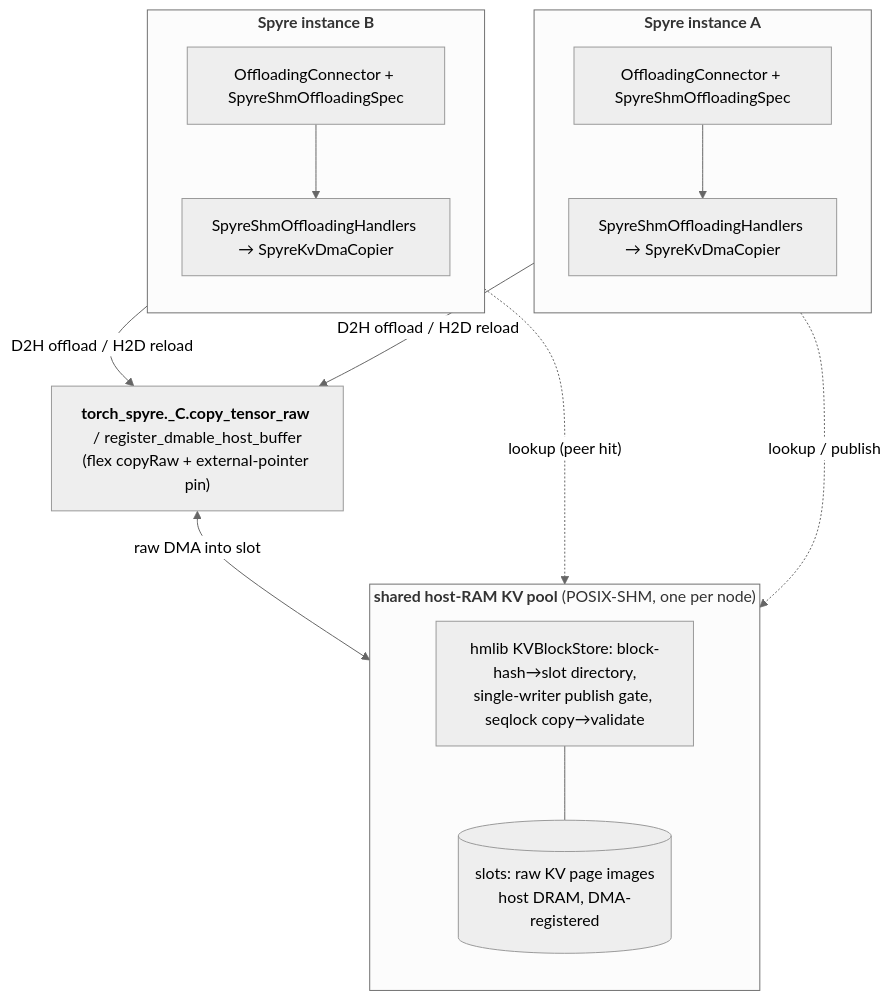
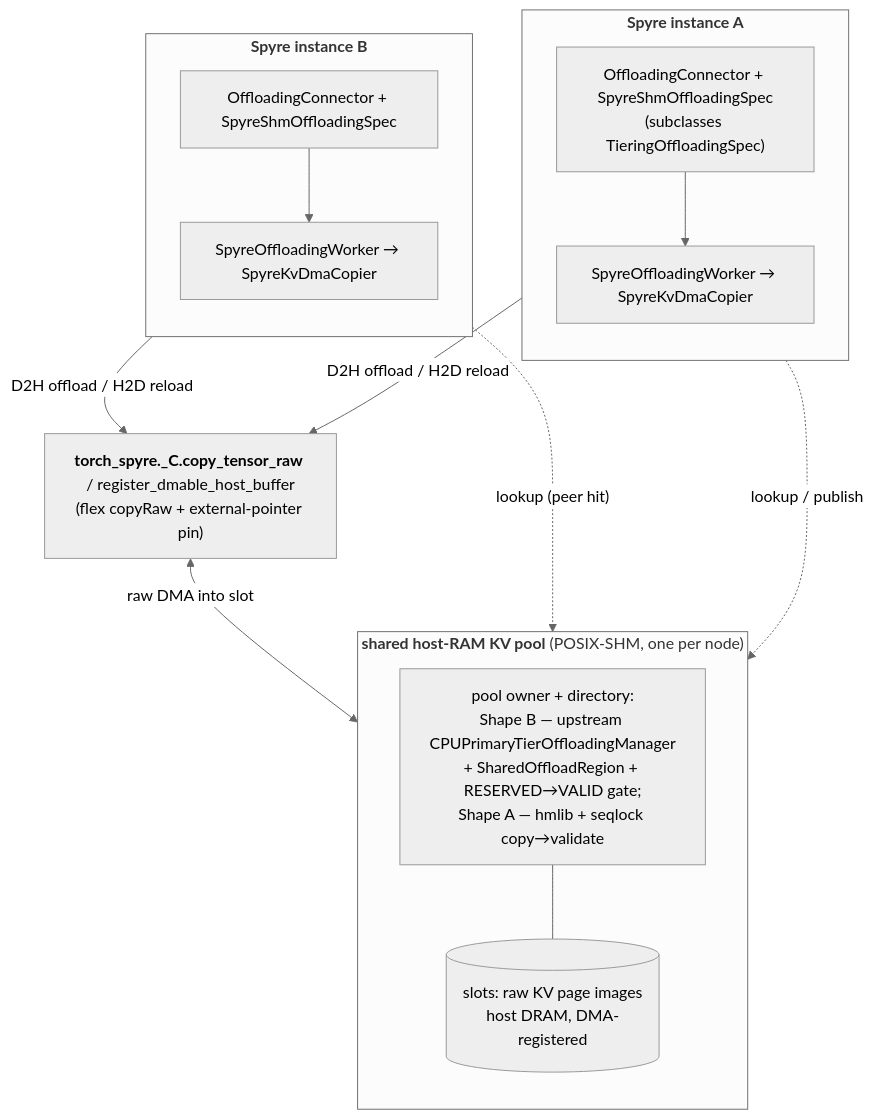
Before and after one commit to torch-spyre/spyre-inference: the second of 2 diagrams in docs/architecture/rfcs/upstream-connector-port.md, drawn with Mermaid. The commit also changed other lines of this file and 8 other files, not shown here.

````diff
--- a/docs/architecture/rfcs/upstream-connector-port.md
+++ b/docs/architecture/rfcs/upstream-connector-port.md
@@ -498,28 +581,28 @@
 ```mermaid
 %%{ init: { "flowchart": { "htmlLabels": true, "curve": "basis" }, "theme": "neutral" } }%%
 flowchart TB
     subgraph instA["<b>Spyre instance A</b>"]
         direction TB
-        OA["OffloadingConnector + SpyreShmOffloadingSpec"]
-        HA["SpyreShmOffloadingHandlers → SpyreKvDmaCopier"]
+        OA["OffloadingConnector + SpyreShmOffloadingSpec<br/>(subclasses TieringOffloadingSpec)"]
+        HA["SpyreOffloadingWorker → SpyreKvDmaCopier"]
         OA --> HA
     end
     subgraph instB["<b>Spyre instance B</b>"]
         direction TB
         OB["OffloadingConnector + SpyreShmOffloadingSpec"]
-        HB["SpyreShmOffloadingHandlers → SpyreKvDmaCopier"]
+        HB["SpyreOffloadingWorker → SpyreKvDmaCopier"]
         OB --> HB
     end
     RAW["<b>torch_spyre._C.copy_tensor_raw</b> / register_dmable_host_buffer<br/>(flex copyRaw + external-pointer pin)"]
     subgraph pool["<b>shared host-RAM KV pool</b> (POSIX-SHM, one per node)"]
         direction TB
-        HM["hmlib KVBlockStore: block-hash→slot directory,<br/>single-writer publish gate, seqlock copy→validate"]
+        HM["pool owner + directory:<br/>Shape B — upstream CPUPrimaryTierOffloadingManager<br/>+ SharedOffloadRegion + RESERVED→VALID gate;<br/>Shape A — hmlib + seqlock copy→validate"]
         SLOTS[("slots: raw KV page images<br/>host DRAM, DMA-registered")]
         HM --- SLOTS
     end
     HA -->|"D2H offload / H2D reload"| RAW
     HB -->|"D2H offload / H2D reload"| RAW
     RAW <-->|"raw DMA into slot"| SLOTS
     HA -. "lookup / publish" .-> HM
     HB -. "lookup (peer hit)" .-> HM
 ```
````
